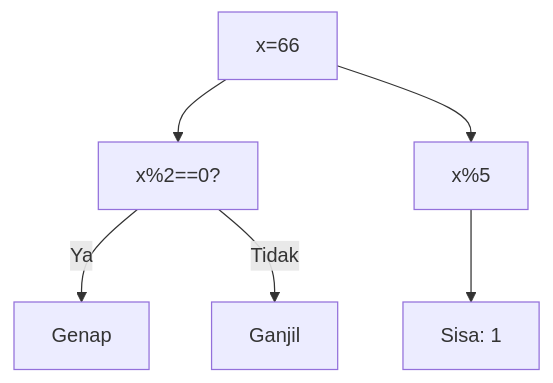
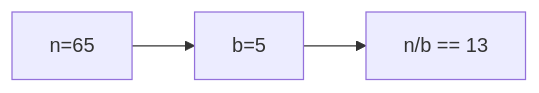
One commit to amnahwaida/OSNK_INF_PREP changed diagram 18 of 25 in part-c-pemahaman-cpp/01-tipe-data/latihan/set-03.md. Above: the diagram before and after it, drawn with Mermaid. The commit also changed other lines of this file and 71 other files, not shown here.

````diff
--- a/part-c-pemahaman-cpp/01-tipe-data/latihan/set-03.md
+++ b/part-c-pemahaman-cpp/01-tipe-data/latihan/set-03.md
@@ -626,8 +485,5 @@
 ```mermaid
-graph TD
-A["x=66"] --> B["x%2==0?"]
-B -- Ya --> C["Genap"]
-B -- Tidak --> D["Ganjil"]
-A --> E["x%5"]
-E --> F["Sisa: 1"]
+graph LR
+A["n=65"] --> B["b=5"]
+B --> C["n/b == 13"]
 ```
````
